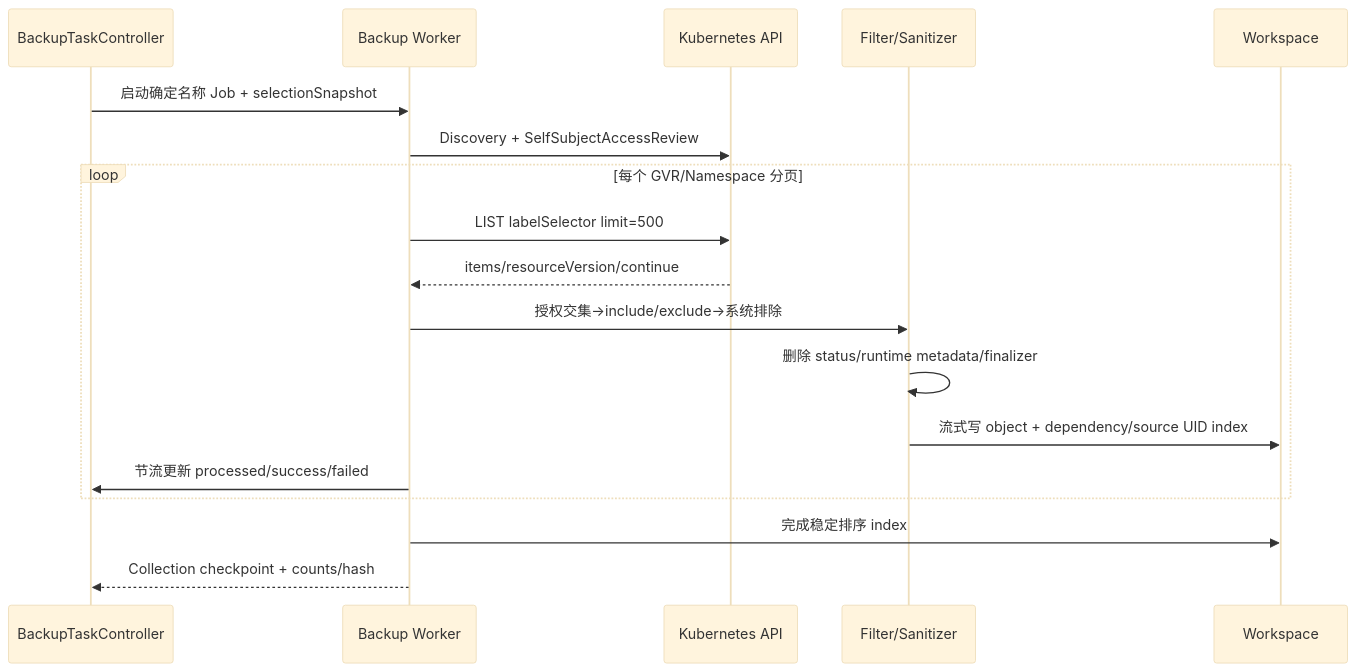
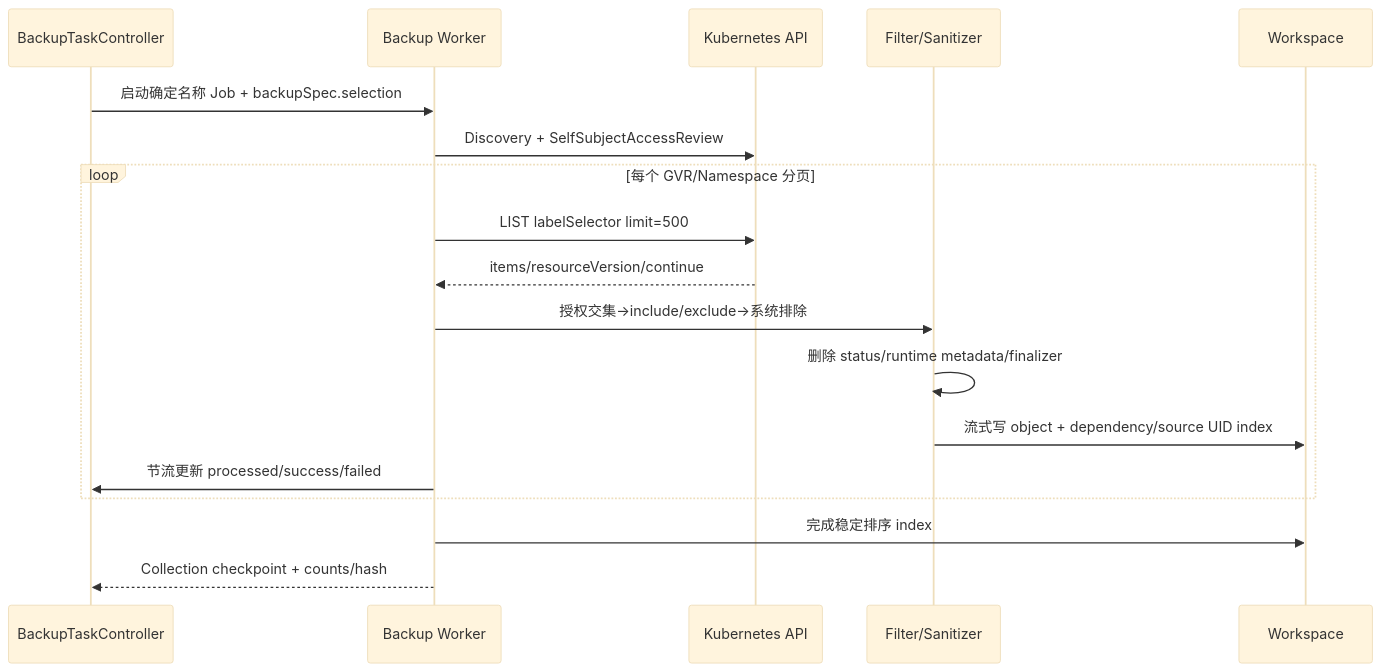
The sixth of 16 diagrams in docs/backup-restore/05-备份恢复流程设计.md (544129603/backup-restore), drawn with Mermaid (base theme) before and after one commit. The commit also changed other lines of this file and 12 other files, not shown here.

````diff
--- a/docs/backup-restore/05-备份恢复流程设计.md
+++ b/docs/backup-restore/05-备份恢复流程设计.md
@@ -156,20 +160,20 @@
 ```mermaid
 sequenceDiagram
   participant BTC as BackupTaskController
   participant W as Backup Worker
   participant K as Kubernetes API
   participant F as Filter/Sanitizer
   participant WS as Workspace
-  BTC->>W: 启动确定名称 Job + selectionSnapshot
+  BTC->>W: 启动确定名称 Job + backupSpec.selection
   W->>K: Discovery + SelfSubjectAccessReview
   loop 每个 GVR/Namespace 分页
     W->>K: LIST labelSelector limit=500
     K-->>W: items/resourceVersion/continue
     W->>F: 授权交集→include/exclude→系统排除
     F->>F: 删除 status/runtime metadata/finalizer
     F->>WS: 流式写 object + dependency/source UID index
     W->>BTC: 节流更新 processed/success/failed
   end
   W->>WS: 完成稳定排序 index
   W-->>BTC: Collection checkpoint + counts/hash
 ```
````
